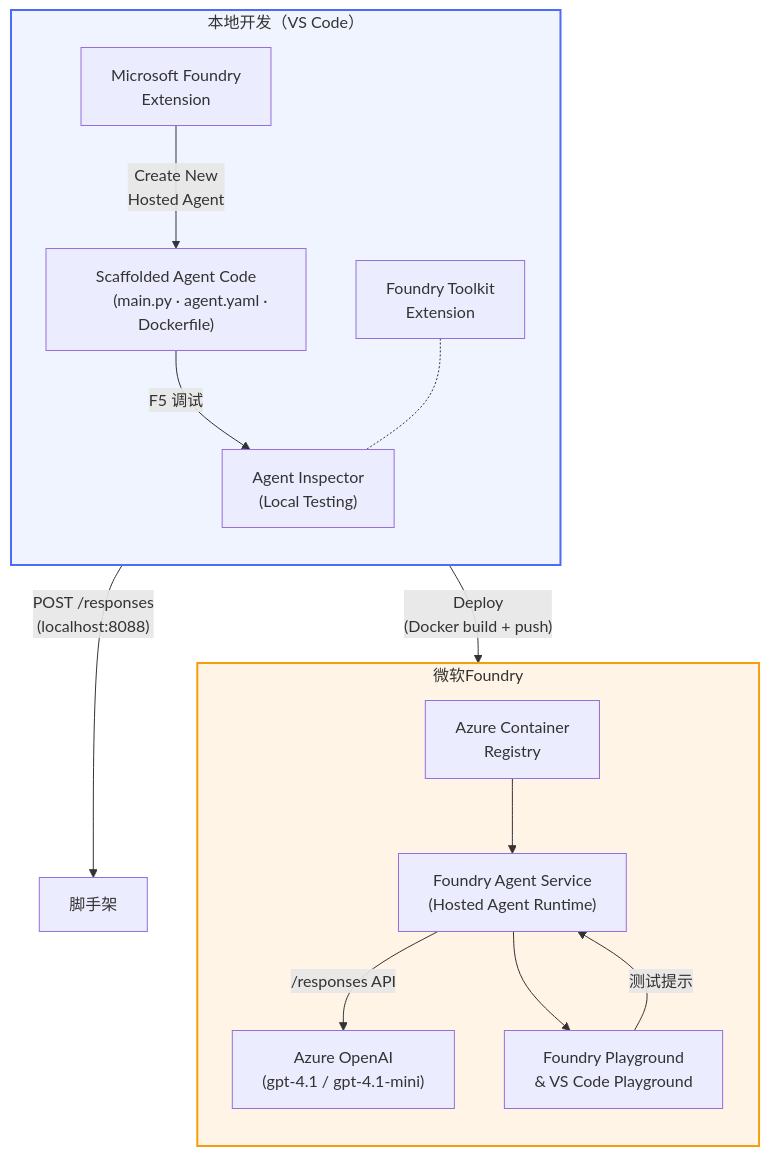
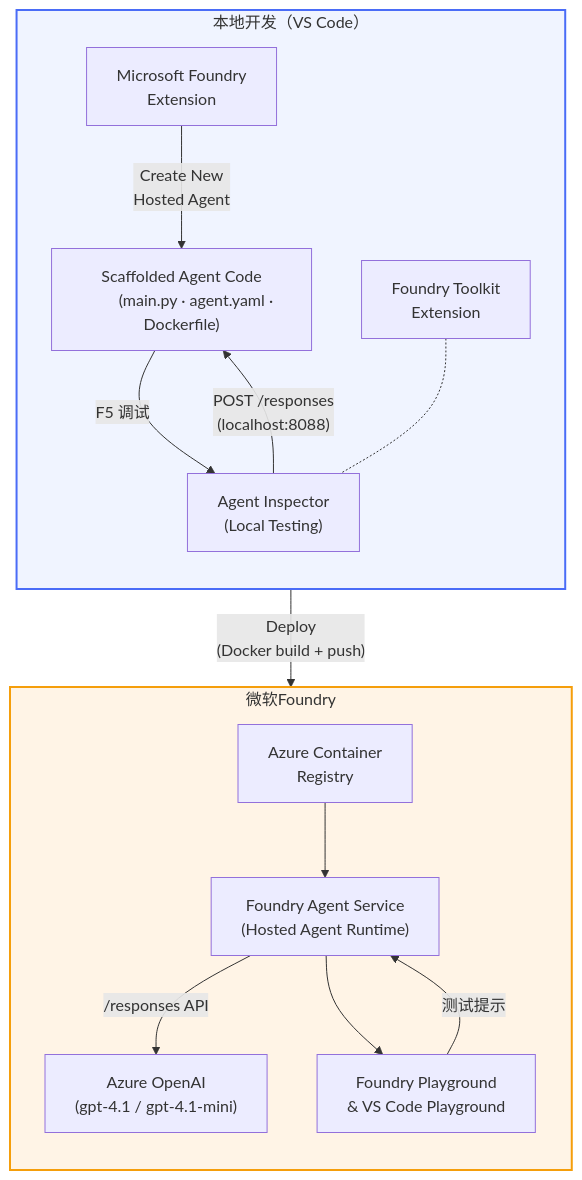
One commit to microsoft-foundry/Foundry_Toolkit_for_VSCode_Lab changed the diagram in translations/zh-CN/README.md. Above: the diagram before and after it, drawn with Mermaid. The commit also changed other lines of this file and 150 other files, not shown here.

````diff
--- a/translations/zh-CN/README.md
+++ b/translations/zh-CN/README.md
@@ -52,42 +52,42 @@
 ```mermaid
 flowchart TB
     subgraph Local["本地开发（VS Code）"]
         direction TB
         FE["Microsoft Foundry
         Extension"]
         FoundryToolkit["Foundry Toolkit
         Extension"]
         Scaffold["Scaffolded Agent Code
         (main.py · agent.yaml · Dockerfile)"]
         Inspector["Agent Inspector
         (Local Testing)"]
         FE -- "Create New
         Hosted Agent" --> Scaffold
         Scaffold -- "F5 调试" --> Inspector
         FoundryToolkit -.- Inspector
     end
 
     subgraph Cloud["微软Foundry"]
         direction TB
         ACR["Azure Container
         Registry"]
         AgentService["Foundry Agent Service
         (Hosted Agent Runtime)"]
         Model["Azure OpenAI
         (gpt-4.1 / gpt-4.1-mini)"]
         Playground["Foundry Playground
         & VS Code Playground"]
         ACR --> AgentService
         AgentService -- "/responses API" --> Model
         AgentService --> Playground
     end
 
     Scaffold -- "Deploy
     (Docker build + push)" --> ACR
     Inspector -- "POST /responses
-    (localhost:8088)" --> 脚手架
+    (localhost:8088)" --> Scaffold
     Playground -- "测试提示" --> AgentService
 
     style Local fill:#f0f4ff,stroke:#4a6cf7,stroke-width:2px
     style Cloud fill:#fff4e6,stroke:#f59e0b,stroke-width:2px
 ```
````
